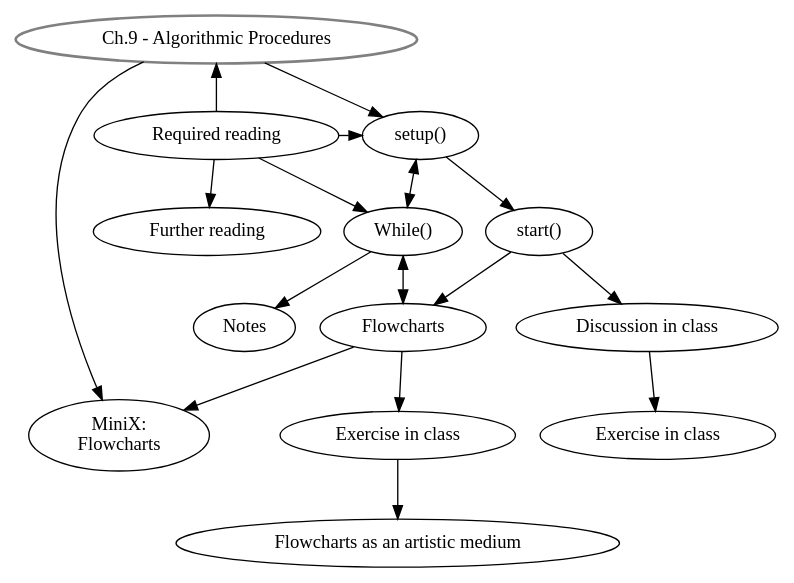
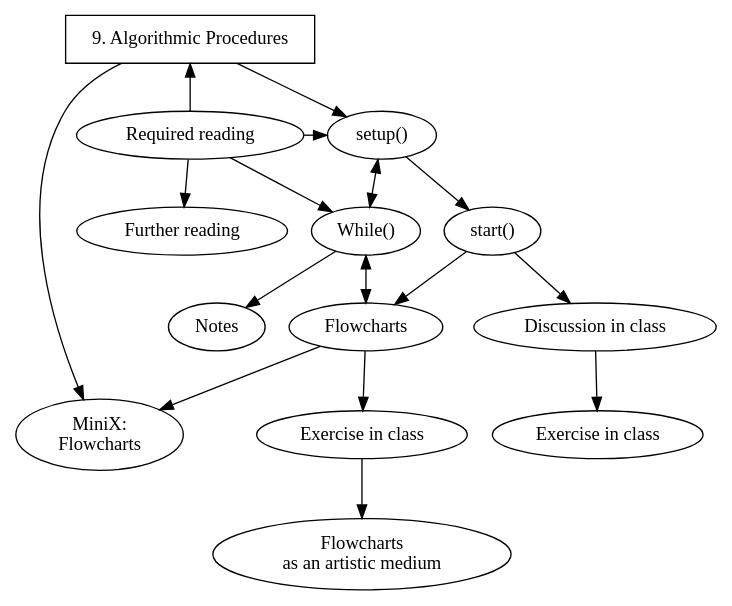
Before and after one commit to danbz/aesthetic-programming: the diagram in graphviz/AP_ch9.dot, drawn with Graphviz. The commit also changed 35 other files, not shown here.

Commit message:
graphviz

```diff
--- a/graphviz/AP_ch9.dot
+++ b/graphviz/AP_ch9.dot
@@ -1,37 +1,41 @@
 digraph G {
+
+node[fontname="Hershey-Noailles-help-me"]
+
 //labels
 GS [
-label="Ch.9 - Algorithmic Procedures",
+label="9. Algorithmic Procedures",
 style=bold,
-color=grey,
+shape=rectangle,
+penwidth="1pt"
 ]
 
 SU [label="setup()"]
 ST [label="start()"]
 DiC [label="Discussion in class"]
 EiC [label="Exercise in class"]
 FC [label="Flowcharts"]
 EiC1 [label="Exercise in class"]
-AM [label="Flowcharts as an artistic medium"]
+AM [label="Flowcharts\nas an artistic medium"]
 MW [label="While()"]
 MX [label="MiniX: \nFlowcharts"]
 RR [label="Required reading"]
 FR [label="Further reading"]
 Notes [label="Notes"]
 
 //rank
 {rank = same; RR, SU}
 
 //graph
 GS -> SU -> ST;
 GS -> MX[minlen=3];
 ST -> DiC -> EiC;
 ST -> FC ;
 FC -> EiC1 -> AM;
 MW -> Notes;
 MW -> FC[dir=both]
 SU -> MW [dir=both];
 RR -> GS, SU, MW;
 FC -> MX;
 RR -> FR;
 }
```
